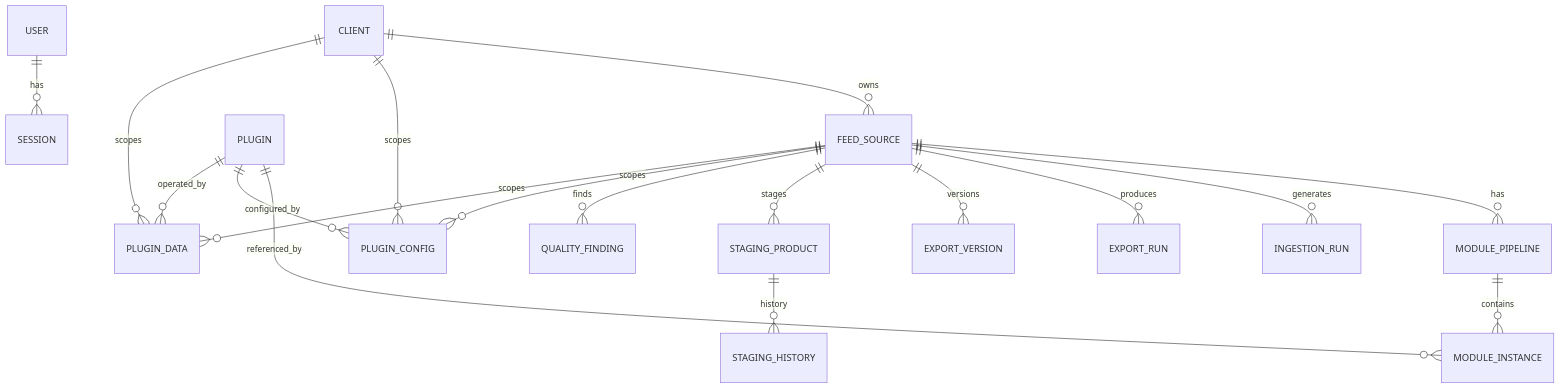
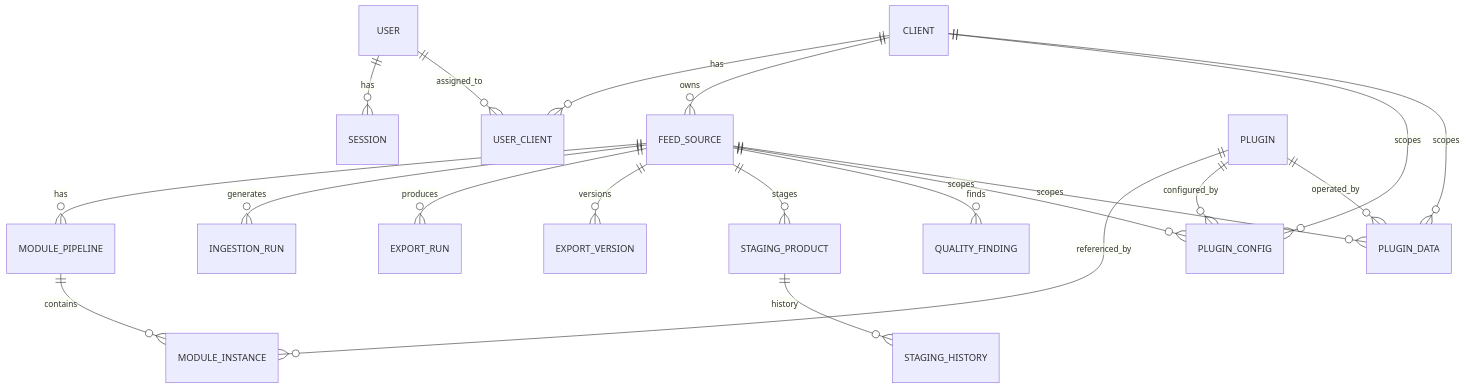
Before and after one commit to ozon/gmc_feed_master: the diagram in backend/docs/data-model.md, drawn with Mermaid. The commit also changed other lines of this file and 5 other files, not shown here.

````diff
--- a/backend/docs/data-model.md
+++ b/backend/docs/data-model.md
@@ -5,20 +5,22 @@
 ```mermaid
 erDiagram
     USER ||--o{ SESSION : has
+    USER ||--o{ USER_CLIENT : assigned_to
+    CLIENT ||--o{ USER_CLIENT : has
     CLIENT ||--o{ FEED_SOURCE : owns
     FEED_SOURCE ||--o{ MODULE_PIPELINE : has
     FEED_SOURCE ||--o{ INGESTION_RUN : generates
     FEED_SOURCE ||--o{ EXPORT_RUN : produces
     FEED_SOURCE ||--o{ EXPORT_VERSION : versions
     FEED_SOURCE ||--o{ STAGING_PRODUCT : stages
     FEED_SOURCE ||--o{ QUALITY_FINDING : finds
     MODULE_PIPELINE ||--o{ MODULE_INSTANCE : contains
     PLUGIN ||--o{ MODULE_INSTANCE : referenced_by
     PLUGIN ||--o{ PLUGIN_CONFIG : configured_by
     PLUGIN ||--o{ PLUGIN_DATA : operated_by
     CLIENT ||--o{ PLUGIN_CONFIG : scopes
     CLIENT ||--o{ PLUGIN_DATA : scopes
     FEED_SOURCE ||--o{ PLUGIN_CONFIG : scopes
     FEED_SOURCE ||--o{ PLUGIN_DATA : scopes
     STAGING_PRODUCT ||--o{ STAGING_HISTORY : history
 ```
````
